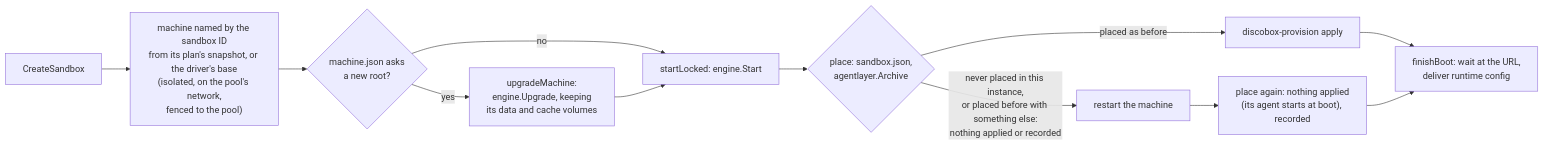
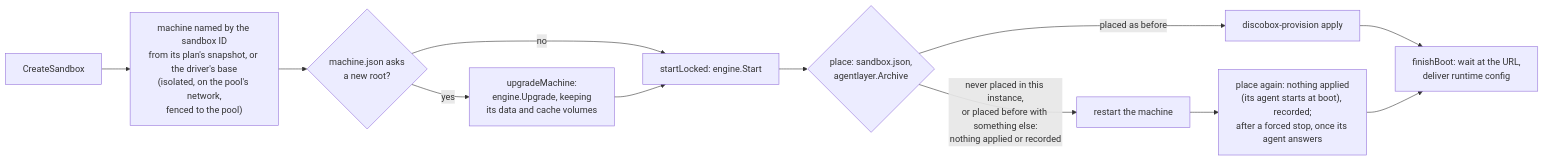
One commit to discobox-ai/discobox changed the fourth of 13 diagrams in pool-agent/DESIGN.md. Above: the diagram before and after it, drawn with Mermaid. The commit also changed other lines of this file and 22 other files, not shown here.

First line of the commit message:
fix(pool-agent): records survive a hard stop of the pool's host

````diff
--- a/pool-agent/DESIGN.md
+++ b/pool-agent/DESIGN.md
@@ -978,14 +978,14 @@
 ```mermaid
 flowchart LR
     create["CreateSandbox"] --> inst["machine named by the sandbox ID\nfrom its plan's snapshot, or the driver's base\n(isolated, on the pool's network,\nfenced to the pool)"]
     inst --> newroot{"machine.json asks\na new root?"}
     newroot -->|yes| upgrade["upgradeMachine:\nengine.Upgrade, keeping\nits data and cache volumes"]
     newroot -->|no| start["startLocked: engine.Start"]
     upgrade --> start
     start --> place{"place: sandbox.json,\nagentlayer.Archive"}
     place -->|"placed as before"| apply["discobox-provision apply"]
     place -->|"never placed in this instance,\nor placed before with something else:\nnothing applied or recorded"| restart["restart the machine"]
-    restart --> again["place again: nothing applied\n(its agent starts at boot), recorded"]
+    restart --> again["place again: nothing applied\n(its agent starts at boot), recorded;\nafter a forced stop, once its agent answers"]
     apply --> boot["finishBoot: wait at the URL,\ndeliver runtime config"]
     again --> boot
 ```
````
